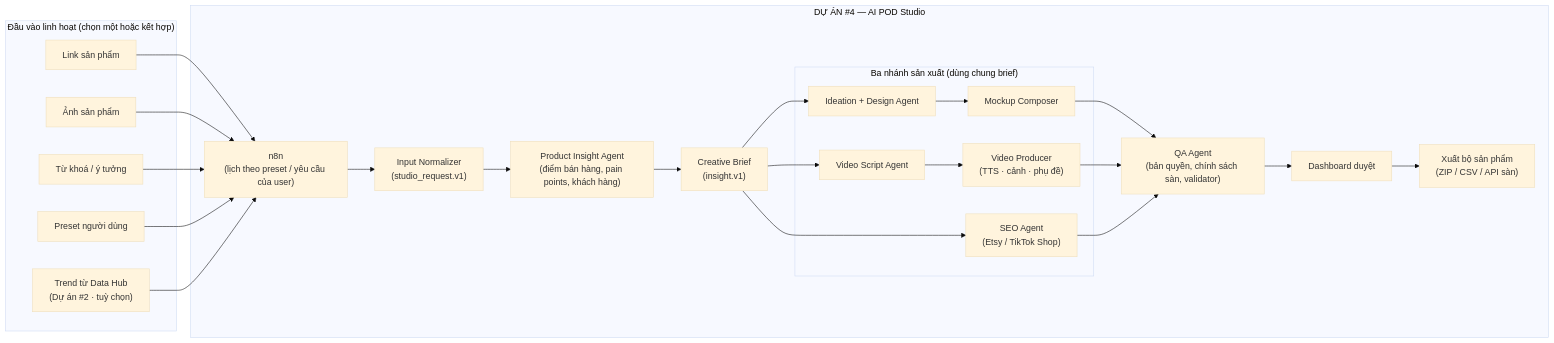
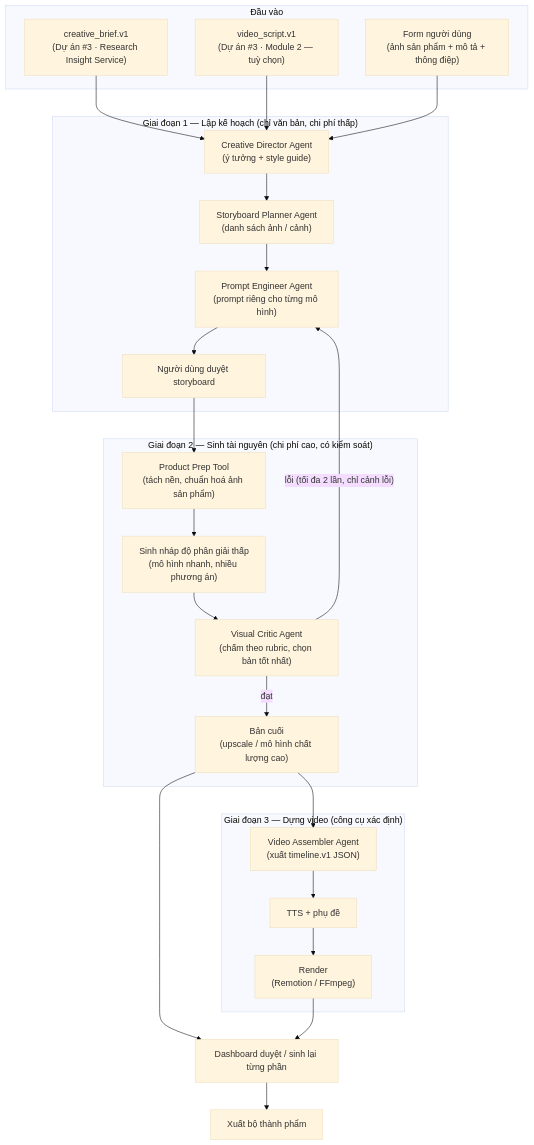
One commit to vinhWater/AI-POD-Studio changed the diagram in README.md. Above: the diagram before and after it, drawn with Mermaid (base theme). The commit also changed other lines of this file, not shown here.

Commit message:
Tập trung vào hình ảnh & video, kế thừa research từ dự án #3, thiết kế harness tiết kiệm chi phí

````diff
--- a/README.md
+++ b/README.md
@@ -38,31 +37,38 @@
 ```mermaid
-flowchart LR
-    subgraph IN["Đầu vào linh hoạt (chọn một hoặc kết hợp)"]
-        LINK["Link sản phẩm"]
-        IMG["Ảnh sản phẩm"]
-        KW["Từ khoá / ý tưởng"]
-        PRESET["Preset người dùng"]
-        HUB["Trend từ Data Hub<br/>(Dự án #2 · tuỳ chọn)"]
+flowchart TB
+    subgraph IN["Đầu vào"]
+        CB["creative_brief.v1<br/>(Dự án #3 · Research Insight Service)"]
+        VS["video_script.v1<br/>(Dự án #3 · Module 2 — tuỳ chọn)"]
+        FORM["Form người dùng<br/>(ảnh sản phẩm + mô tả + thông điệp)"]
     end
 
-    subgraph STUDIO["DỰ ÁN #4 — AI POD Studio"]
-        N8N["n8n<br/>(lịch theo preset / yêu cầu của user)"]
-        NORM["Input Normalizer<br/>(studio_request.v1)"]
-        INS["Product Insight Agent<br/>(điểm bán hàng, pain points, khách hàng)"]
-        BRIEF["Creative Brief<br/>(insight.v1)"]
-
-        subgraph OUT["Ba nhánh sản xuất (dùng chung brief)"]
-            IDEA["Ideation + Design Agent"] --> MOCK["Mockup Composer"]
-            SCRIPT["Video Script Agent"] --> VID["Video Producer<br/>(TTS · cảnh · phụ đề)"]
-            SEO["SEO Agent<br/>(Etsy / TikTok Shop)"]
-        end
-
-        QA["QA Agent<br/>(bản quyền, chính sách sàn, validator)"]
-        REVIEW["Dashboard duyệt"]
-        EXPORT["Xuất bộ sản phẩm<br/>(ZIP / CSV / API sàn)"]
+    subgraph PLAN["Giai đoạn 1 — Lập kế hoạch (chỉ văn bản, chi phí thấp)"]
+        CD["Creative Director Agent<br/>(ý tưởng + style guide)"]
+        SB["Storyboard Planner Agent<br/>(danh sách ảnh / cảnh)"]
+        PE["Prompt Engineer Agent<br/>(prompt riêng cho từng mô hình)"]
+        HIL1["Người dùng duyệt storyboard"]
     end
 
-    LINK & IMG & KW & PRESET & HUB --> N8N --> NORM --> INS --> BRIEF
-    BRIEF --> IDEA & SCRIPT & SEO
-    MOCK & VID & SEO --> QA --> REVIEW --> EXPORT
+    subgraph GEN["Giai đoạn 2 — Sinh tài nguyên (chi phí cao, có kiểm soát)"]
+        PREP["Product Prep Tool<br/>(tách nền, chuẩn hoá ảnh sản phẩm)"]
+        DRAFT["Sinh nháp độ phân giải thấp<br/>(mô hình nhanh, nhiều phương án)"]
+        VC["Visual Critic Agent<br/>(chấm theo rubric, chọn bản tốt nhất)"]
+        FINAL["Bản cuối<br/>(upscale / mô hình chất lượng cao)"]
+    end
+
+    subgraph ASM["Giai đoạn 3 — Dựng video (công cụ xác định)"]
+        VA["Video Assembler Agent<br/>(xuất timeline.v1 JSON)"]
+        TTS["TTS + phụ đề"]
+        RENDER["Render<br/>(Remotion / FFmpeg)"]
+    end
+
+    REVIEW["Dashboard duyệt / sinh lại từng phần"]
+    EXPORT["Xuất bộ thành phẩm"]
+
+    CB & VS & FORM --> CD --> SB --> PE --> HIL1
+    HIL1 --> PREP --> DRAFT --> VC
+    VC -- "đạt" --> FINAL
+    VC -- "lỗi (tối đa 2 lần, chỉ cảnh lỗi)" --> PE
+    FINAL --> VA --> TTS --> RENDER
+    FINAL & RENDER --> REVIEW --> EXPORT
 ```
````
